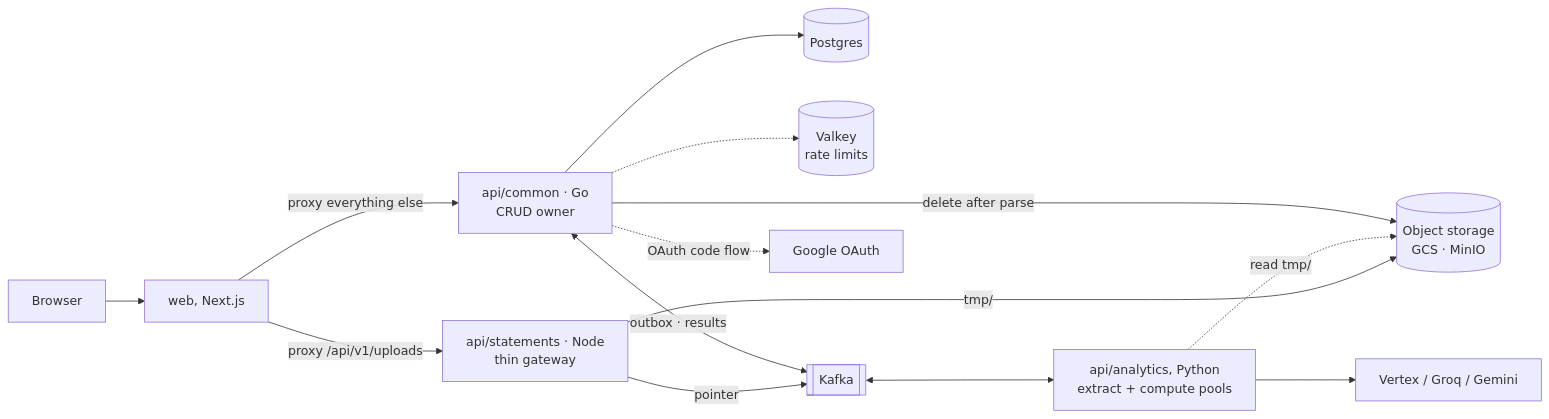
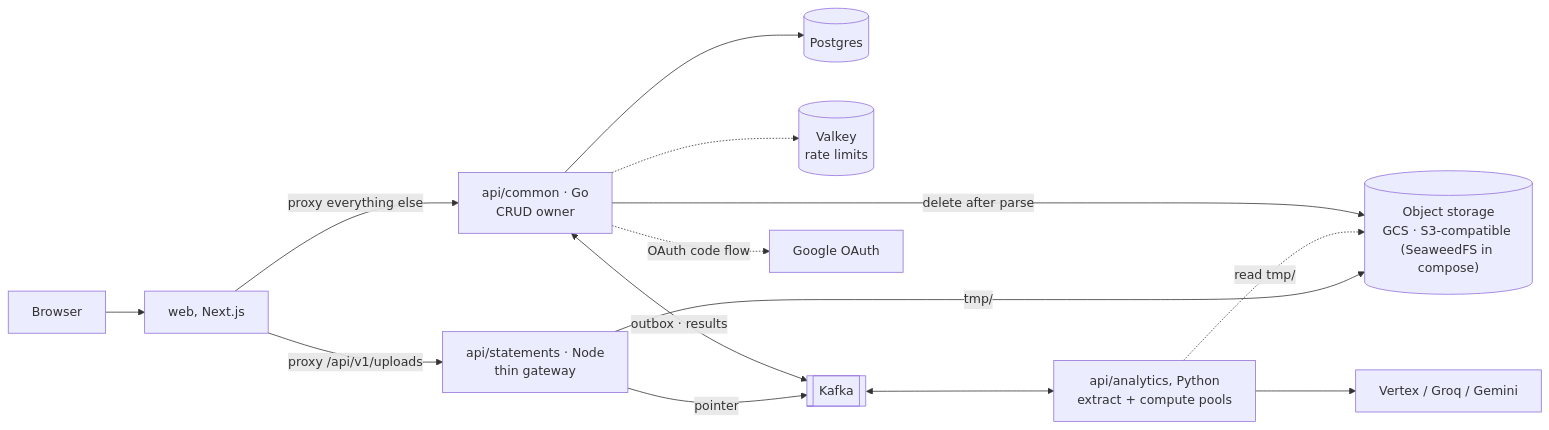
One commit to cuesoftinc/expendit changed the first of 4 diagrams in docs/architecture.md. Above: the diagram before and after it, drawn with Mermaid. The commit also changed 5 other files, not shown here.

````diff
--- a/docs/architecture.md
+++ b/docs/architecture.md
@@ -11,16 +11,16 @@
 ```mermaid
 flowchart LR
     BR[Browser] --> WEB[web, Next.js]
     WEB -->|proxy /api/v1/uploads| ST[api/statements · Node<br/>thin gateway]
     WEB -->|proxy everything else| CM[api/common · Go<br/>CRUD owner]
     CM --> PG[(Postgres)]
     CM -.-> R[(Valkey<br/>rate limits)]
-    ST -->|tmp/| OS[(Object storage<br/>GCS · MinIO)]
+    ST -->|tmp/| OS[("Object storage<br/>GCS · S3-compatible (SeaweedFS in compose)")]
     AN -.->|read tmp/| OS
     CM -->|delete after parse| OS
     ST -->|pointer| K[[Kafka]]
     CM <-->|outbox · results| K
     K <--> AN[api/analytics, Python<br/>extract + compute pools]
     AN --> AI[Vertex / Groq / Gemini]
     CM -.->|OAuth code flow| FB[Google OAuth]
 ```
````
